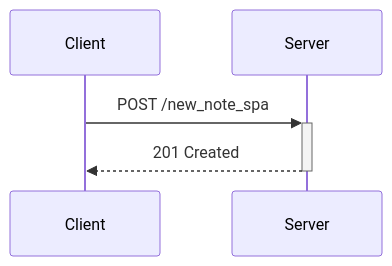
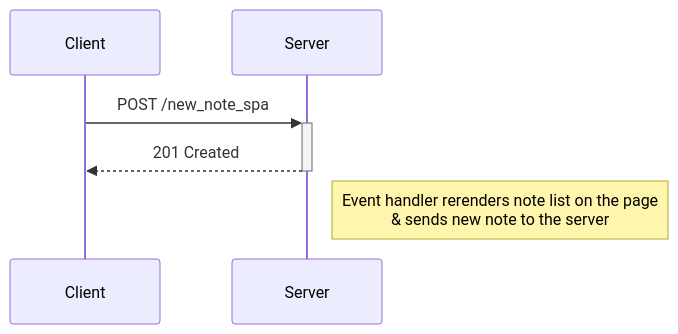
Before and after one commit to Urwah-Rafiq/FullStackOpen-Exercises: the third of 3 diagrams in part0/README.md, drawn with Mermaid. The commit also changed other lines of this file, not shown here.

````diff
--- a/part0/README.md
+++ b/part0/README.md
@@ -29,7 +50,10 @@
 ```mermaid
 sequenceDiagram
+
     participant Client
     participant Server
+
     Client->>+Server: POST /new_note_spa
     Server-->>-Client: 201 Created
+    note right of Server: Event handler rerenders note list on the page <br/> & sends new note to the server
 ```
````
